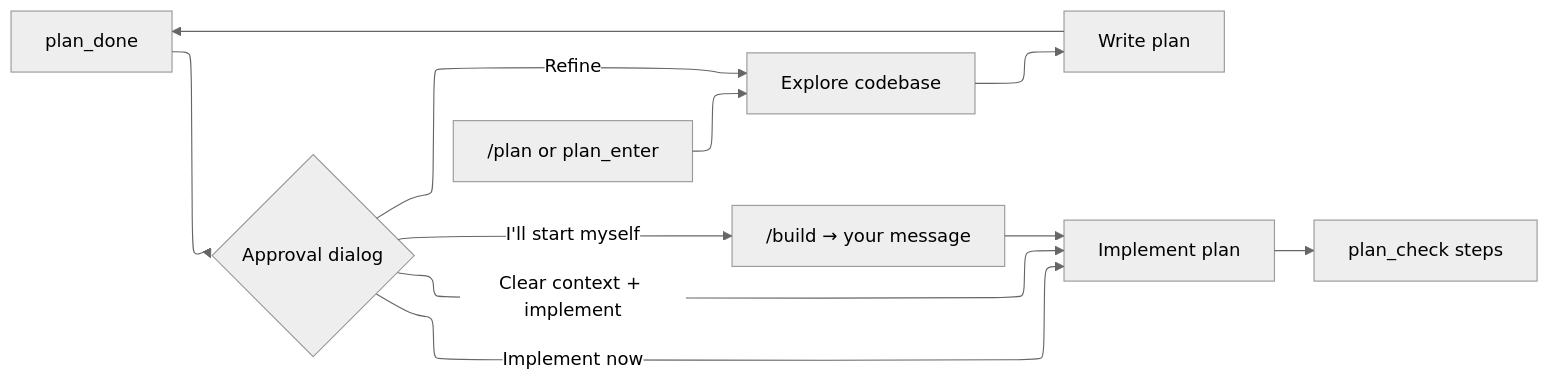
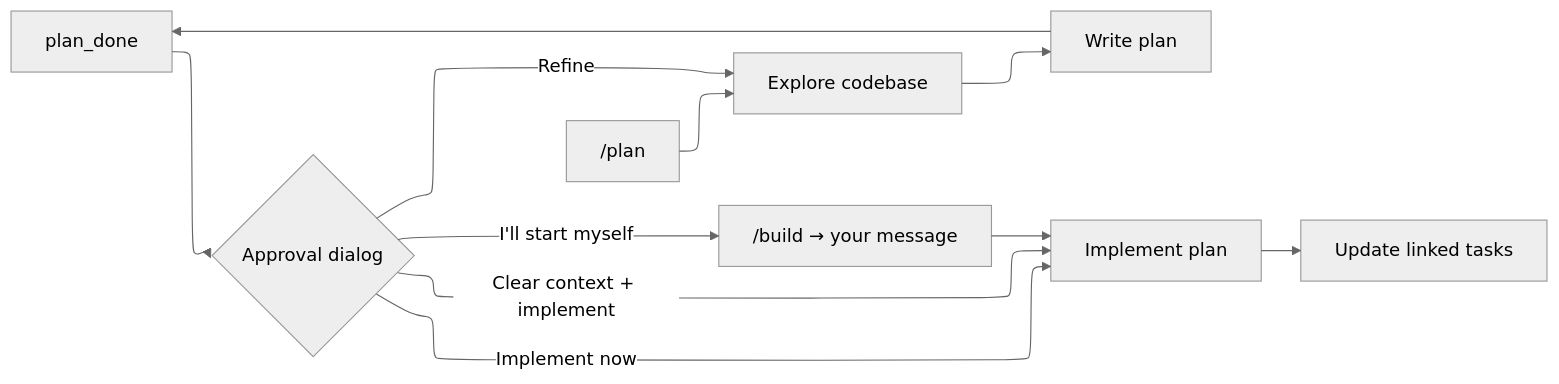
One commit to aa-blinov/cast changed the diagram in docs/plan-mode.md. Above: the diagram before and after it, drawn with Mermaid (neutral theme). The commit also changed other lines of this file and 77 other files, not shown here.

````diff
--- a/docs/plan-mode.md
+++ b/docs/plan-mode.md
@@ -7,19 +7,19 @@
 ```mermaid
 ---
 config:
   layout: elk
   elk:
     nodePlacementStrategy: NETWORK_SIMPLEX
 ---
 flowchart LR
-  A["/plan or plan_enter"] --> B[Explore codebase]
+  A["/plan"] --> B[Explore codebase]
   B --> C[Write plan]
   C --> D["plan_done"]
   D --> E{Approval dialog}
   E -->|Implement now| F[Implement plan]
   E -->|Clear context + implement| F
   E -->|"I'll start myself"| G["/build → your message"]
   E -->|Refine| B
   G --> F
-  F --> H["plan_check steps"]
+  F --> H["Update linked tasks"]
 ```
````
